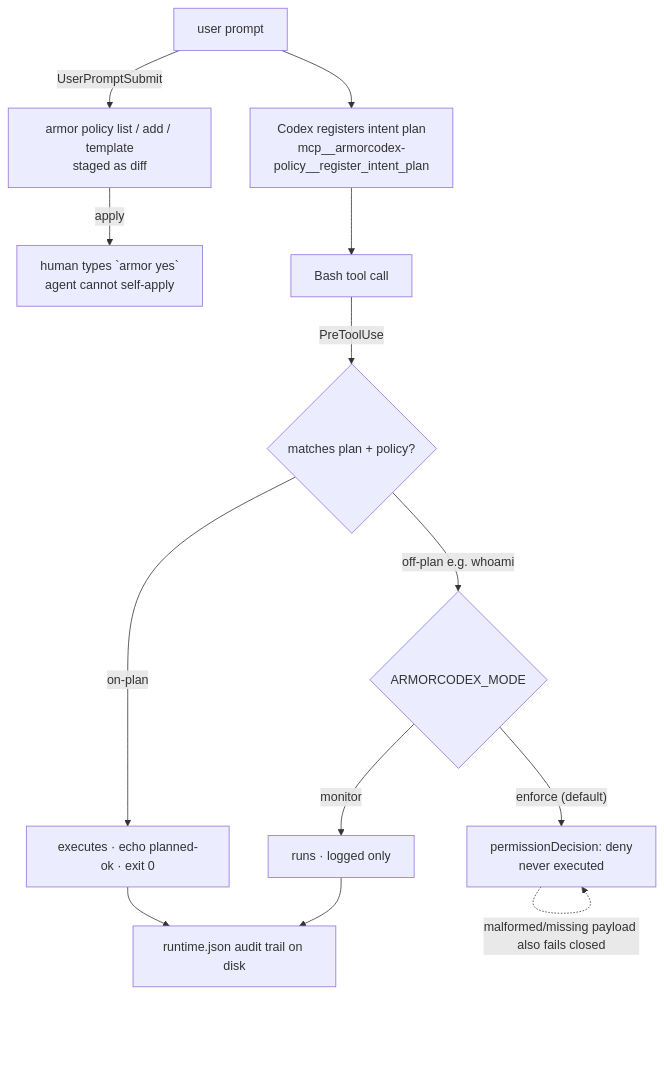
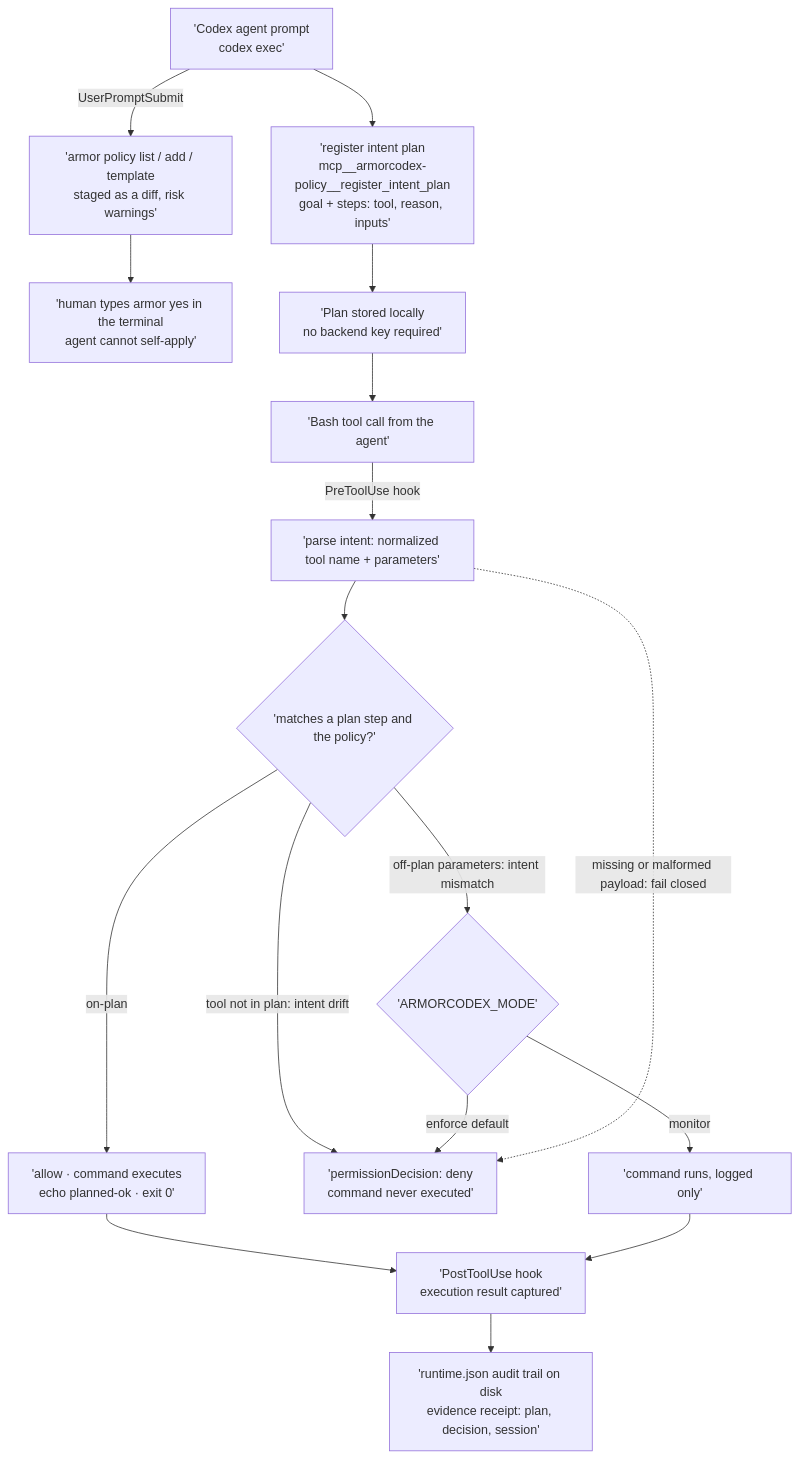
The diagram in assets/diagram.mmd (urelkdubdqwr/bounty-armorcodex), drawn with Mermaid before and after one commit. The commit also changed 4 other files, not shown here.

Commit message:
rebuild: readme + header + diagram in studio style

```diff
--- a/assets/diagram.mmd
+++ b/assets/diagram.mmd
@@ -1,13 +1,17 @@
 flowchart TD
-    U["user prompt"] -->|"UserPromptSubmit"| POL["armor policy list / add / template<br/>staged as diff"]
-    POL -->|"apply"| HG["human types `armor yes`<br/>agent cannot self-apply"]
-    U --> REG["Codex registers intent plan<br/>mcp__armorcodex-policy__register_intent_plan"]
-    REG --> CALL["Bash tool call"]
-    CALL -->|"PreToolUse"| CHK{"matches plan + policy?"}
-    CHK -->|"on-plan"| RUN["executes · echo planned-ok · exit 0"]
-    CHK -->|"off-plan e.g. whoami"| MODE{"ARMORCODEX_MODE"}
-    MODE -->|"enforce (default)"| DENY["permissionDecision: deny<br/>never executed"]
-    MODE -->|"monitor"| LOG["runs · logged only"]
-    DENY -.->|"malformed/missing payload also fails closed"| DENY
-    RUN --> AUD["runtime.json audit trail on disk"]
-    LOG --> AUD
+    P['Codex agent prompt<br/>codex exec'] -->|UserPromptSubmit| POL['armor policy list / add / template<br/>staged as a diff, risk warnings']
+    POL --> GATE['human types armor yes in the terminal<br/>agent cannot self-apply']
+    P --> REG['register intent plan<br/>mcp__armorcodex-policy__register_intent_plan<br/>goal + steps: tool, reason, inputs']
+    REG --> STORE['Plan stored locally<br/>no backend key required']
+    STORE --> CALL['Bash tool call from the agent']
+    CALL -->|PreToolUse hook| PARSE['parse intent: normalized tool name + parameters']
+    PARSE --> CHK{'matches a plan step and the policy?'}
+    CHK -->|on-plan| ALLOW['allow · command executes<br/>echo planned-ok · exit 0']
+    CHK -->|off-plan parameters: intent mismatch| MODE{'ARMORCODEX_MODE'}
+    CHK -->|tool not in plan: intent drift| DENY['permissionDecision: deny<br/>command never executed']
+    MODE -->|enforce default| DENY
+    MODE -->|monitor| LOG['command runs, logged only']
+    PARSE -.->|missing or malformed payload: fail closed| DENY
+    ALLOW --> POST['PostToolUse hook<br/>execution result captured']
+    LOG --> POST
+    POST --> AUD['runtime.json audit trail on disk<br/>evidence receipt: plan, decision, session']
```
